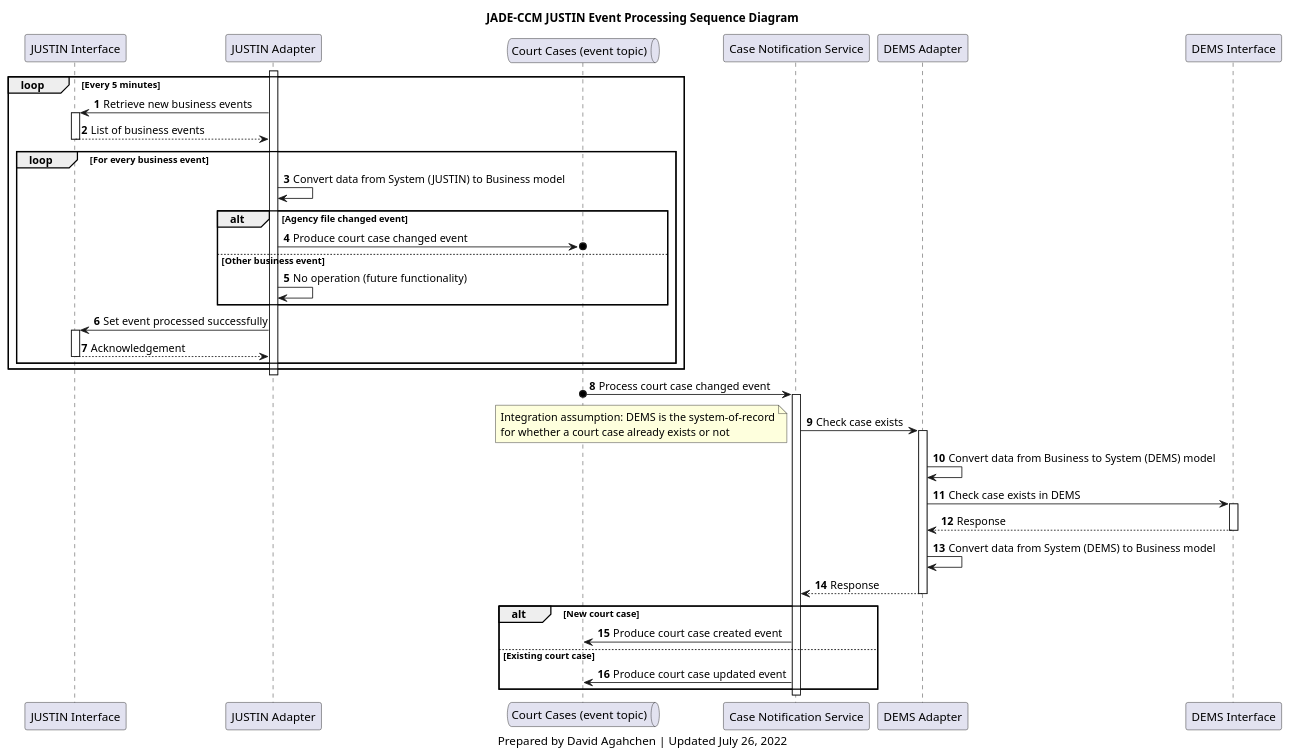
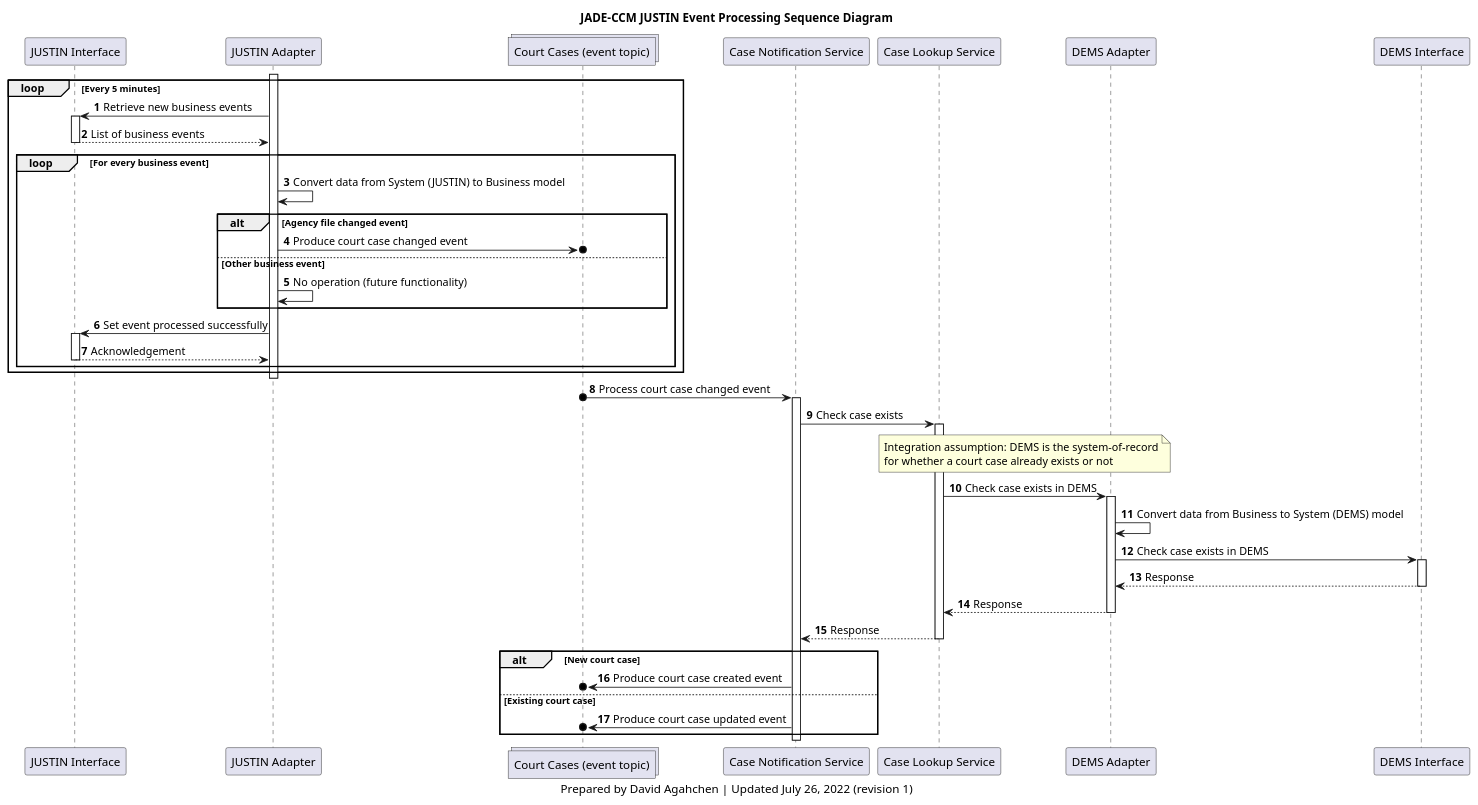
One commit to bcgov/jpss-jade-ccm changed the diagram in img/src/ccm_justin_event_processing_sequence_diagram.plantuml. Above: the diagram before and after it, drawn with PlantUML. The commit also changed 3 other files, not shown here.

Commit message:
updated sequence diagrams

```diff
--- a/img/src/ccm_justin_event_processing_sequence_diagram.plantuml
+++ b/img/src/ccm_justin_event_processing_sequence_diagram.plantuml
@@ -1,63 +1,67 @@
 @startuml
 'hide footbox
 participant j_interface as "JUSTIN Interface"
 participant j_adapter as "JUSTIN Adapter"
-queue court_cases_topic as "Court Cases (event topic)"
+collections court_cases_topic as "Court Cases (event topic)"
 participant case_notification_service as "Case Notification Service"
+participant case_lookup_service as "Case Lookup Service"
 participant d_adapter as "DEMS Adapter"
 participant d_interface as "DEMS Interface"
 
 title
 JADE-CCM JUSTIN Event Processing Sequence Diagram
 end title
 
 autonumber
 
 activate j_adapter
 loop Every 5 minutes
     j_adapter-> j_interface: Retrieve new business events
     activate j_interface
     j_interface --> j_adapter: List of business events
     deactivate j_interface
     loop For every business event
         j_adapter -> j_adapter: Convert data from System (JUSTIN) to Business model
         alt Agency file changed event
             j_adapter ->o court_cases_topic: Produce court case changed event
         else Other business event
             j_adapter -> j_adapter: No operation (future functionality)
         end
         j_adapter -> j_interface: Set event processed successfully
         activate j_interface
         j_interface --> j_adapter: Acknowledgement
         deactivate j_interface
     end
 end
 deactivate j_adapter
 
 court_cases_topic o-> case_notification_service: Process court case changed event
 activate case_notification_service
-case_notification_service -> d_adapter: Check case exists
-activate d_adapter
-note left
+case_notification_service -> case_lookup_service: Check case exists
+activate case_lookup_service
+note over case_lookup_service, d_adapter
 Integration assumption: DEMS is the system-of-record
 for whether a court case already exists or not
 end note
+case_lookup_service -> d_adapter: Check case exists in DEMS
+activate d_adapter
 d_adapter -> d_adapter: Convert data from Business to System (DEMS) model
 d_adapter -> d_interface: Check case exists in DEMS
 activate d_interface
 d_interface --> d_adapter: Response
 deactivate d_interface
-d_adapter -> d_adapter: Convert data from System (DEMS) to Business model
-d_adapter --> case_notification_service: Response
+d_adapter --> case_lookup_service: Response
 deactivate d_adapter
+case_lookup_service --> case_notification_service: Response
+deactivate case_lookup_service
 alt New court case
-    case_notification_service -> court_cases_topic: Produce court case created event
+    case_notification_service ->o court_cases_topic: Produce court case created event
 else Existing court case
-    case_notification_service -> court_cases_topic: Produce court case updated event
+    case_notification_service ->o court_cases_topic: Produce court case updated event
 end
 deactivate case_notification_service
 
 caption
-Prepared by David Agahchen | Updated July 26, 2022
+Prepared by David Agahchen | Updated July 26, 2022 (revision 1)
 end caption
 @enduml
```
